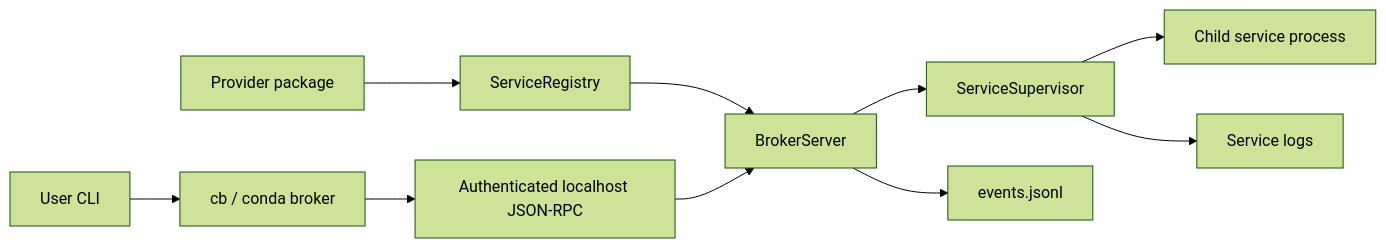
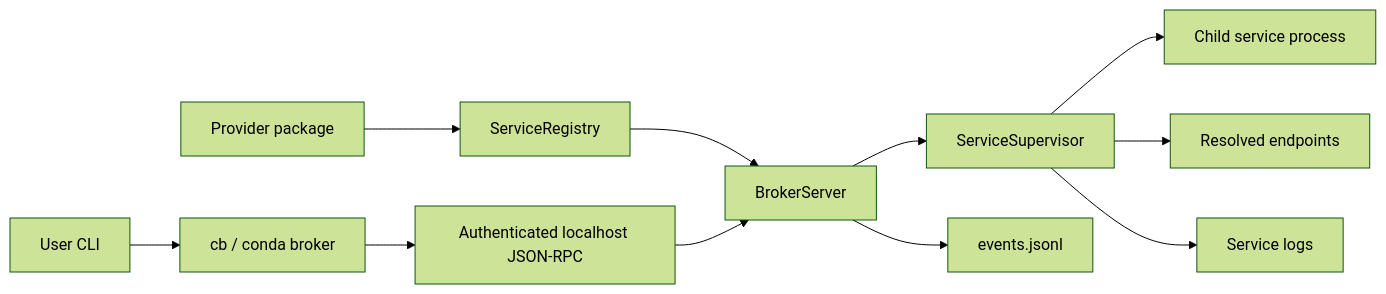
Before and after one commit to jezdez/conda-broker: the diagram in docs/explanation/architecture.md, drawn with Mermaid (forest theme). The commit also changed other lines of this file and 32 other files, not shown here.

````diff
--- a/docs/explanation/architecture.md
+++ b/docs/explanation/architecture.md
@@ -14,12 +14,13 @@
 ```{mermaid}
 flowchart LR
     User["User CLI"] --> CLI["cb / conda broker"]
     Plugin["Provider package"] --> Registry["ServiceRegistry"]
     Registry --> Broker["BrokerServer"]
     CLI --> IPC["Authenticated localhost JSON-RPC"]
     IPC --> Broker
     Broker --> Supervisor["ServiceSupervisor"]
     Supervisor --> Service["Child service process"]
+    Supervisor --> Endpoints["Resolved endpoints"]
     Supervisor --> Logs["Service logs"]
     Broker --> Events["events.jsonl"]
 ```
````
